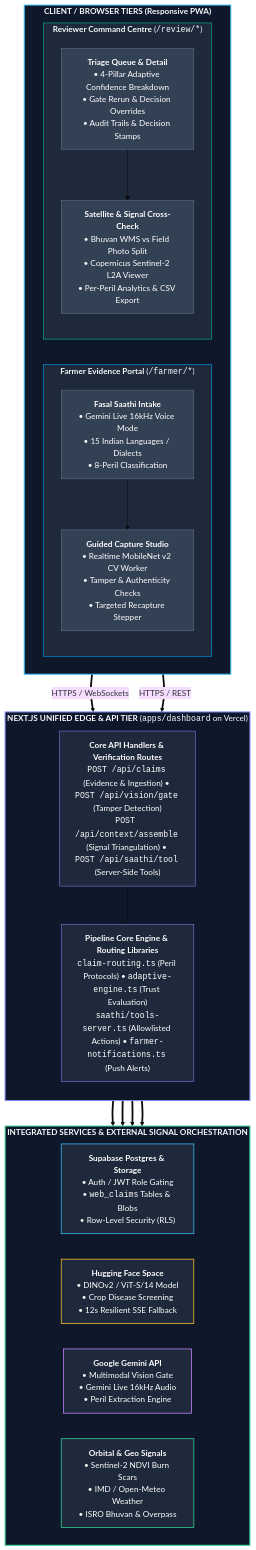
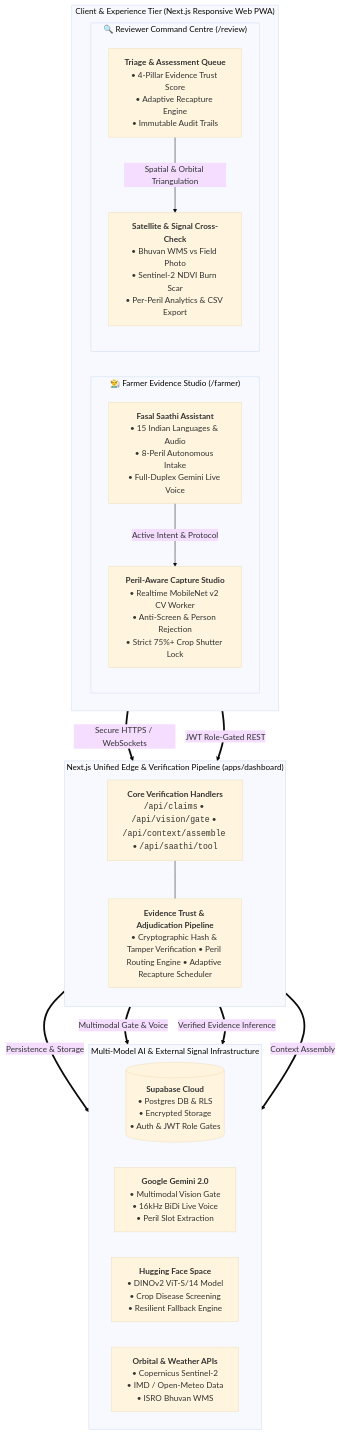
Before and after one commit to dhrrishitvdeka/Fasal-Pramaan: the first of 3 diagrams in README.md, drawn with Mermaid (base theme). The commit also changed other lines of this file and 3 other files, not shown here.

Commit message:
chore(release): bump version to v2.5.0, add release badge, and update architecture diagram

````diff
--- a/README.md
+++ b/README.md
@@ -23,62 +26,44 @@
 ```mermaid
-flowchart TD
-    subgraph ClientTier["<b>CLIENT / BROWSER TIERS (Responsive PWA)</b>"]
-        direction LR
-        subgraph FarmerPortal["<b>Farmer Evidence Portal</b> (<code>/farmer/*</code>)"]
-            direction TB
-            FP1["<b>Fasal Saathi Intake</b><br/>• Gemini Live 16kHz Voice Mode<br/>• 15 Indian Languages / Dialects<br/>• 8-Peril Classification"]
-            FP2["<b>Guided Capture Studio</b><br/>• Realtime MobileNet v2 CV Worker<br/>• Tamper & Authenticity Checks<br/>• Targeted Recapture Stepper"]
-            FP1 --> FP2
-        end
-
-        subgraph ReviewerPortal["<b>Reviewer Command Centre</b> (<code>/review/*</code>)"]
-            direction TB
-            RP1["<b>Triage Queue & Detail</b><br/>• 4-Pillar Adaptive Confidence Breakdown<br/>• Gate Rerun & Decision Overrides<br/>• Audit Trails & Decision Stamps"]
-            RP2["<b>Satellite & Signal Cross-Check</b><br/>• Bhuvan WMS vs Field Photo Split<br/>• Copernicus Sentinel-2 L2A Viewer<br/>• Per-Peril Analytics & CSV Export"]
-            RP1 --> RP2
-        end
+flowchart TB
+  %% Client / Browser Tier
+  subgraph T_CLIENT["Client & Experience Tier (Next.js Responsive Web PWA)"]
+    direction LR
+    subgraph P_FARMER["👨‍🌾 Farmer Evidence Studio (/farmer)"]
+      F_SAATHI["<b>Fasal Saathi Assistant</b><br/>• 15 Indian Languages & Audio<br/>• 8-Peril Autonomous Intake<br/>• Full-Duplex Gemini Live Voice"]
+      F_CAPTURE["<b>Peril-Aware Capture Studio</b><br/>• Realtime MobileNet v2 CV Worker<br/>• Anti-Screen & Person Rejection<br/>• Strict 75%+ Crop Shutter Lock"]
+      F_SAATHI -->|"Active Intent & Protocol"| F_CAPTURE
     end
 
-    subgraph AppTier["<b>NEXT.JS UNIFIED EDGE & API TIER</b> (<code>apps/dashboard</code> on Vercel)"]
-        direction TB
-        APIs["<b>Core API Handlers & Verification Routes</b><br/><code>POST /api/claims</code> (Evidence & Ingestion) • <code>POST /api/vision/gate</code> (Tamper Detection)<br/><code>POST /api/context/assemble</code> (Signal Triangulation) • <code>POST /api/saathi/tool</code> (Server-Side Tools)"]
-        
-        CoreEngine["<b>Pipeline Core Engine & Routing Libraries</b><br/><code>claim-routing.ts</code> (Peril Protocols) • <code>adaptive-engine.ts</code> (Trust Evaluation)<br/><code>saathi/tools-server.ts</code> (Allowlisted Actions) • <code>farmer-notifications.ts</code> (Push Alerts)"]
-        
-        APIs --- CoreEngine
+    subgraph P_REVIEWER["🔍 Reviewer Command Centre (/review)"]
+      R_QUEUE["<b>Triage & Assessment Queue</b><br/>• 4-Pillar Evidence Trust Score<br/>• Adaptive Recapture Engine<br/>• Immutable Audit Trails"]
+      R_SAT["<b>Satellite & Signal Cross-Check</b><br/>• Bhuvan WMS vs Field Photo<br/>• Sentinel-2 NDVI Burn Scar<br/>• Per-Peril Analytics & CSV Export"]
+      R_QUEUE -->|"Spatial & Orbital Triangulation"| R_SAT
     end
+  end
 
-    subgraph ServicesTier["<b>INTEGRATED SERVICES & EXTERNAL SIGNAL ORCHESTRATION</b>"]
-        direction LR
-        S_DB["<b>Supabase Postgres & Storage</b><br/>• Auth / JWT Role Gating<br/>• <code>web_claims</code> Tables & Blobs<br/>• Row-Level Security (RLS)"]
-        S_HF["<b>Hugging Face Space</b><br/>• DINOv2 / ViT-S/14 Model<br/>• Crop Disease Screening<br/>• 12s Resilient SSE Fallback"]
-        S_GEMINI["<b>Google Gemini API</b><br/>• Multimodal Vision Gate<br/>• Gemini Live 16kHz Audio<br/>• Peril Extraction Engine"]
-        S_ORBITAL["<b>Orbital & Geo Signals</b><br/>• Sentinel-2 NDVI Burn Scars<br/>• IMD / Open-Meteo Weather<br/>• ISRO Bhuvan & Overpass"]
-    end
+  %% Edge API & Pipeline Tier
+  subgraph T_GATEWAY["Next.js Unified Edge & Verification Pipeline (apps/dashboard)"]
+    direction TB
+    API_ROUTES["<b>Core Verification Handlers</b><br/><code>/api/claims</code> • <code>/api/vision/gate</code> • <code>/api/context/assemble</code> • <code>/api/saathi/tool</code>"]
+    CORE_PIPELINE["<b>Evidence Trust & Adjudication Pipeline</b><br/>• Cryptographic Hash & Tamper Verification • Peril Routing Engine • Adaptive Recapture Scheduler"]
+    API_ROUTES --- CORE_PIPELINE
+  end
 
-    FarmerPortal ==>|"HTTPS / WebSockets"| APIs
-    ReviewerPortal ==>|"HTTPS / REST"| APIs
+  %% Integrated Cloud & Inference Tier
+  subgraph T_SERVICES["Multi-Model AI & External Signal Infrastructure"]
+    direction LR
+    S_SUPABASE[("<b>Supabase Cloud</b><br/>• Postgres DB & RLS<br/>• Encrypted Storage<br/>• Auth & JWT Role Gates")]
+    S_GEMINI["<b>Google Gemini 2.0</b><br/>• Multimodal Vision Gate<br/>• 16kHz BiDi Live Voice<br/>• Peril Slot Extraction"]
+    S_HF["<b>Hugging Face Space</b><br/>• DINOv2 ViT-S/14 Model<br/>• Crop Disease Screening<br/>• Resilient Fallback Engine"]
+    S_SIGNALS["<b>Orbital & Weather APIs</b><br/>• Copernicus Sentinel-2<br/>• IMD / Open-Meteo Data<br/>• ISRO Bhuvan WMS"]
+  end
 
-    AppTier ==> S_DB
-    AppTier ==> S_HF
-    AppTier ==> S_GEMINI
-    AppTier ==> S_ORBITAL
+  %% Connections
+  P_FARMER ==>|"Secure HTTPS / WebSockets"| API_ROUTES
+  P_REVIEWER ==>|"JWT Role-Gated REST"| API_ROUTES
 
-    style ClientTier fill:#0f172a,stroke:#38bdf8,stroke-width:2px,color:#f8fafc
-    style FarmerPortal fill:#1e293b,stroke:#0284c7,stroke-width:1.5px,color:#f8fafc
-    style ReviewerPortal fill:#1e293b,stroke:#0d9488,stroke-width:1.5px,color:#f8fafc
-    style AppTier fill:#0f172a,stroke:#818cf8,stroke-width:2px,color:#f8fafc
-    style ServicesTier fill:#0f172a,stroke:#34d399,stroke-width:2px,color:#f8fafc
-
-    style FP1 fill:#334155,stroke:#64748b,color:#ffffff
-    style FP2 fill:#334155,stroke:#64748b,color:#ffffff
-    style RP1 fill:#334155,stroke:#64748b,color:#ffffff
-    style RP2 fill:#334155,stroke:#64748b,color:#ffffff
-    style APIs fill:#1e293b,stroke:#818cf8,color:#ffffff
-    style CoreEngine fill:#1e293b,stroke:#818cf8,color:#ffffff
-
-    style S_DB fill:#1e293b,stroke:#38bdf8,stroke-width:1.5px,color:#ffffff
-    style S_HF fill:#1e293b,stroke:#fbbf24,stroke-width:1.5px,color:#ffffff
-    style S_GEMINI fill:#1e293b,stroke:#c084fc,stroke-width:1.5px,color:#ffffff
-    style S_ORBITAL fill:#1e293b,stroke:#34d399,stroke-width:1.5px,color:#ffffff
+  CORE_PIPELINE ==>|"Persistence & Storage"| S_SUPABASE
+  CORE_PIPELINE ==>|"Multimodal Gate & Voice"| S_GEMINI
+  CORE_PIPELINE ==>|"Verified Evidence Inference"| S_HF
+  CORE_PIPELINE ==>|"Context Assembly"| S_SIGNALS
 ```
````
